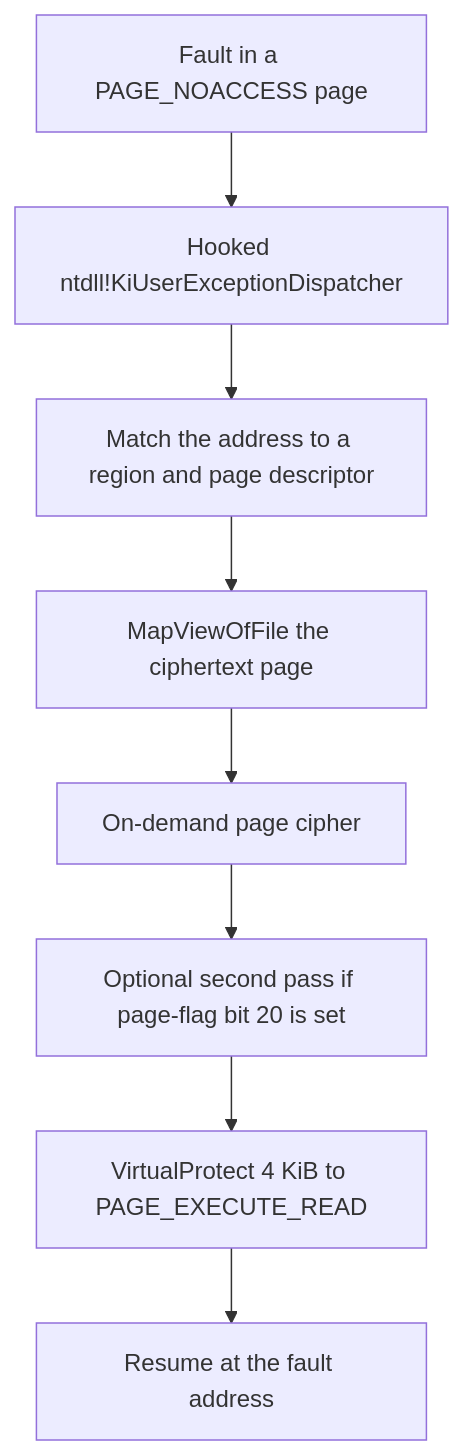
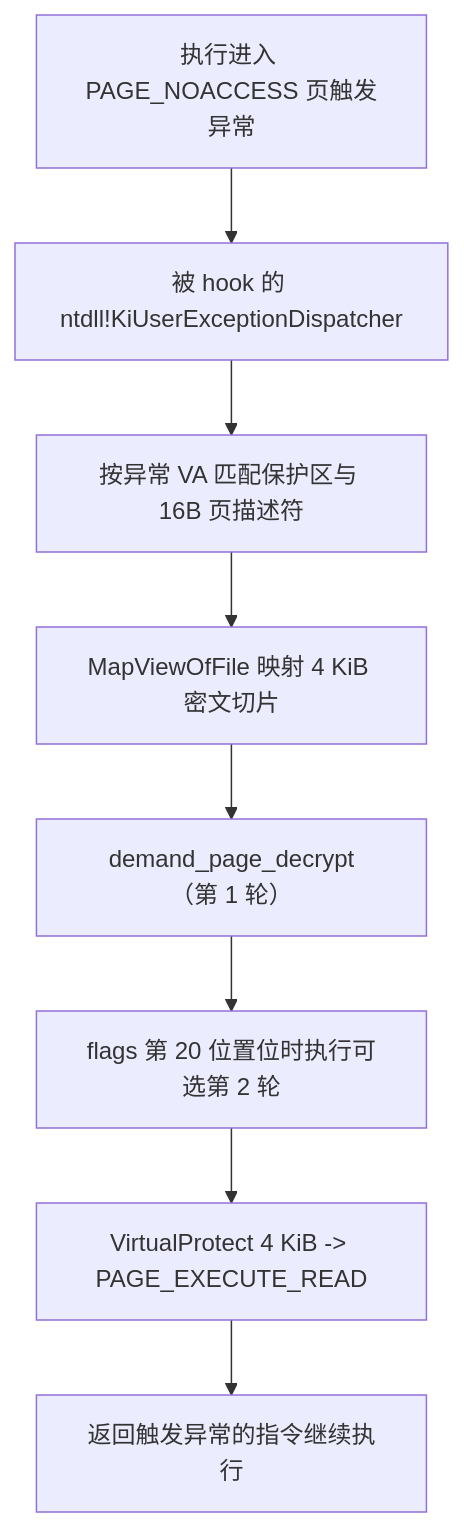
Before and after one commit to Momoko-Ayase/crackproof-research: the diagram in internals/windows/zh-cn/runtime/page-protection.md, drawn with Mermaid. The commit also changed other lines of this file and 446 other files, not shown here.

````diff
--- a/internals/windows/zh-cn/runtime/page-protection.md
+++ b/internals/windows/zh-cn/runtime/page-protection.md
@@ -25,10 +20,10 @@
 ```mermaid
 flowchart TD
-    A["Fault in a PAGE_NOACCESS page"] --> B["Hooked ntdll!KiUserExceptionDispatcher"]
-    B --> C["Match the address to a region and page descriptor"]
-    C --> D["MapViewOfFile the ciphertext page"]
-    D --> E["On-demand page cipher"]
-    E --> F["Optional second pass if page-flag bit 20 is set"]
-    F --> G["VirtualProtect 4 KiB to PAGE_EXECUTE_READ"]
-    G --> H["Resume at the fault address"]
+    A["执行进入 PAGE_NOACCESS 页触发异常"] --> B["被 hook 的 ntdll!KiUserExceptionDispatcher"]
+    B --> C["按异常 VA 匹配保护区与 16B 页描述符"]
+    C --> D["MapViewOfFile 映射 4 KiB 密文切片"]
+    D --> E["demand_page_decrypt（第 1 轮）"]
+    E --> F["flags 第 20 位置位时执行可选第 2 轮"]
+    F --> G["VirtualProtect 4 KiB -> PAGE_EXECUTE_READ"]
+    G --> H["返回触发异常的指令继续执行"]
 ```
````
